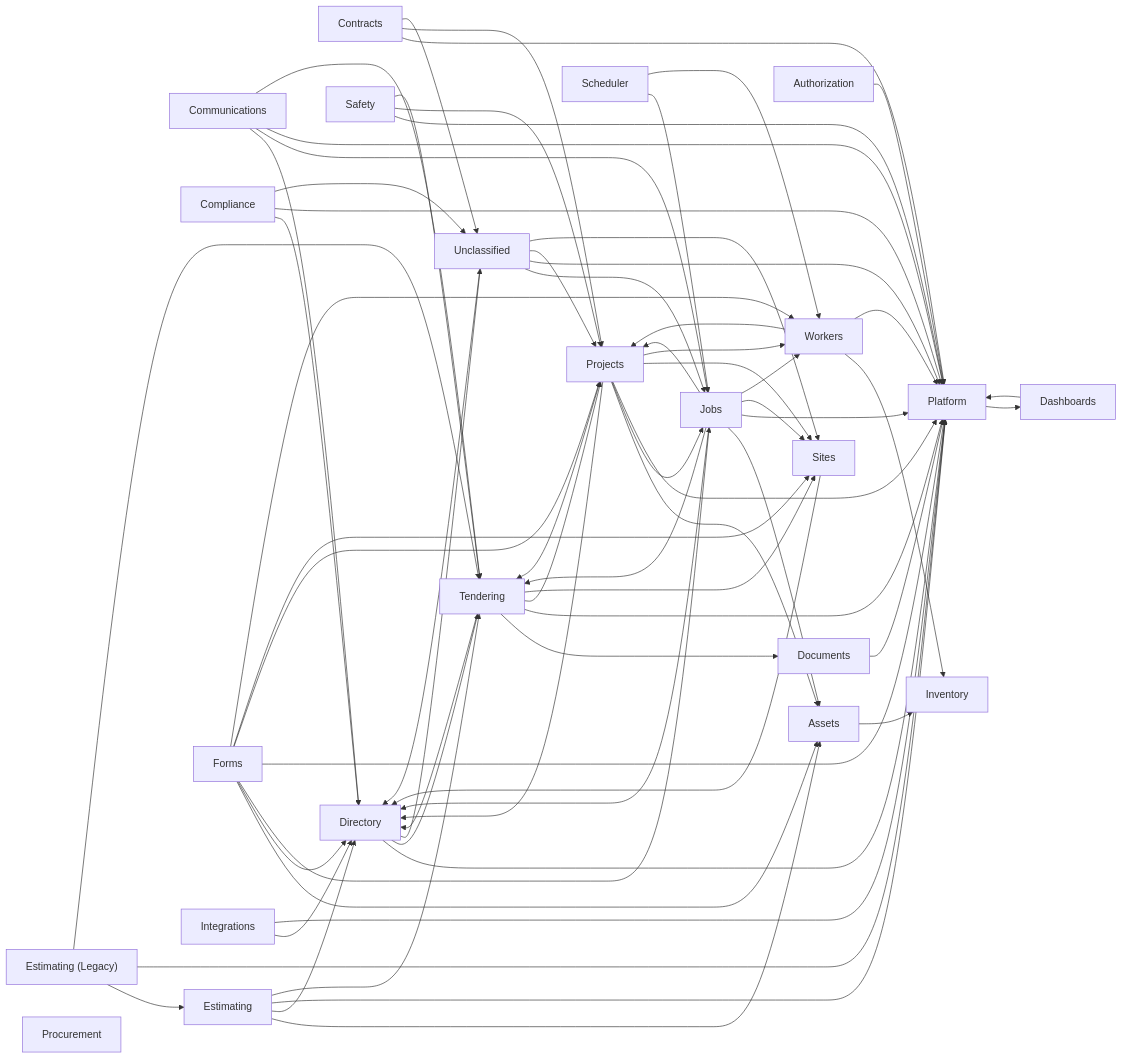
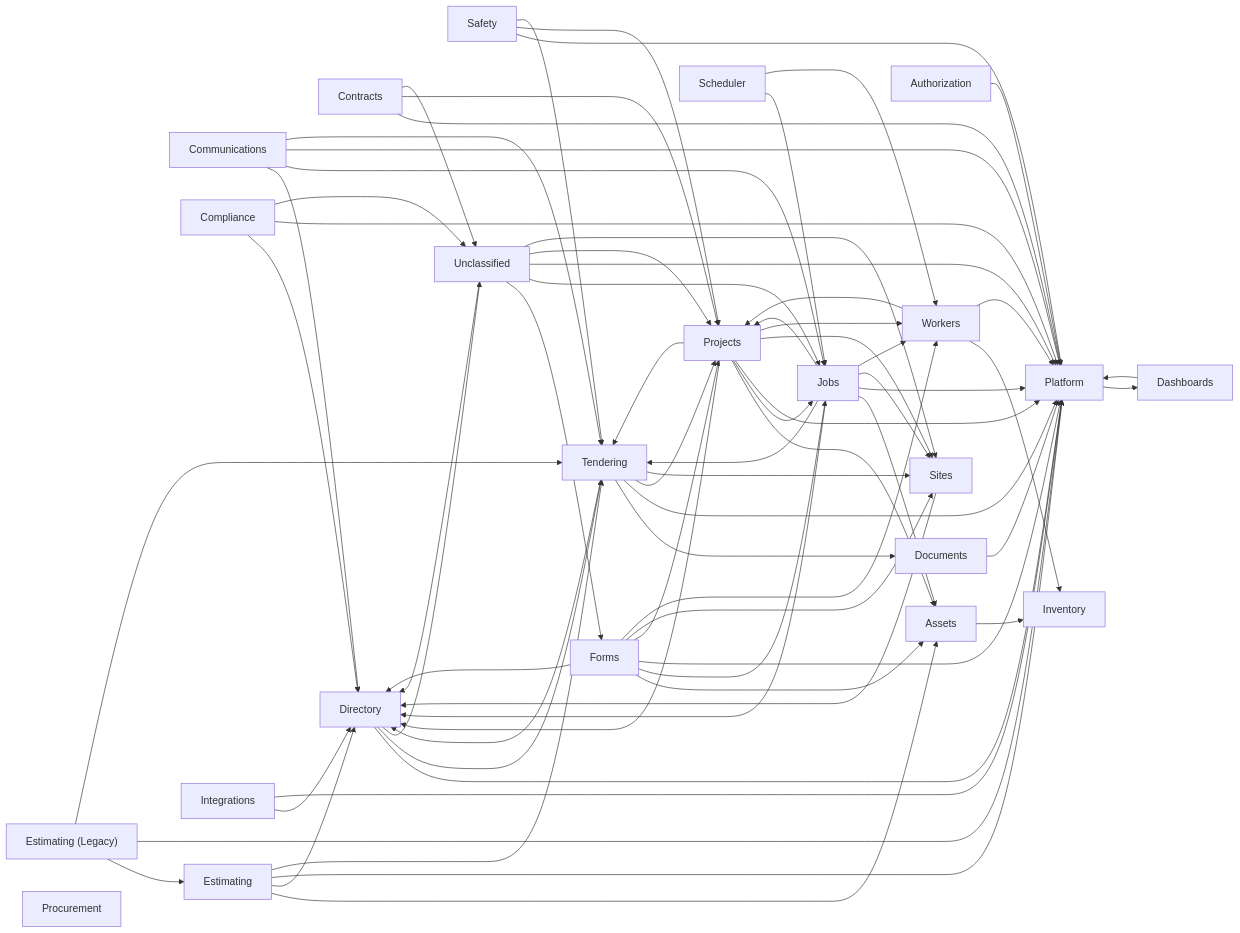
One commit to GH-Mantova/ProjectOperations changed the diagram in docs/data-model/relationship-map.md. Above: the diagram before and after it, drawn with Mermaid. The commit also changed other lines of this file and 14 other files, not shown here.

```diff
--- a/docs/data-model/relationship-map.md
+++ b/docs/data-model/relationship-map.md
@@ -141,6 +141,7 @@
   tendering --> projects
   tendering --> sites
   unclassified --> directory
+  unclassified --> forms
   unclassified --> jobs
   unclassified --> platform
   unclassified --> projects
```
